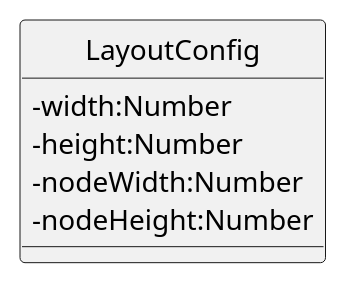
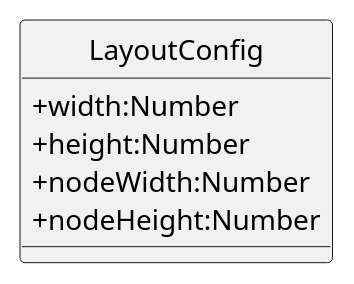
One commit to GroupRubberDuck/Documentazione changed the diagram in src/PB/DocumentazioneEsterna/Specifica_Tecnica/content/05-diagrammi-classi/uml/puml/Frontend/decision-tree/layout/LayoutConfig.puml. Above: the diagram before and after it, drawn with PlantUML. The commit also changed 70 other files, not shown here.

```diff
--- a/src/PB/DocumentazioneEsterna/Specifica_Tecnica/content/05-diagrammi-classi/uml/puml/Frontend/decision-tree/layout/LayoutConfig.puml
+++ b/src/PB/DocumentazioneEsterna/Specifica_Tecnica/content/05-diagrammi-classi/uml/puml/Frontend/decision-tree/layout/LayoutConfig.puml
@@ -1,17 +1,17 @@
 @startuml
 skinparam linetype ortho
 skinparam nodesep 80
 skinparam ranksep 100
 skinparam classAttributeIconSize 0
 skinparam packageStyle rectangle
 skinparam style strictuml
 
 class LayoutConfig {
-        -width:Number
-        -height:Number
-        -nodeWidth:Number
-        -nodeHeight:Number
+        + width:Number
+        + height:Number
+        + nodeWidth:Number
+        + nodeHeight:Number
 
 }
 
 @enduml
```
